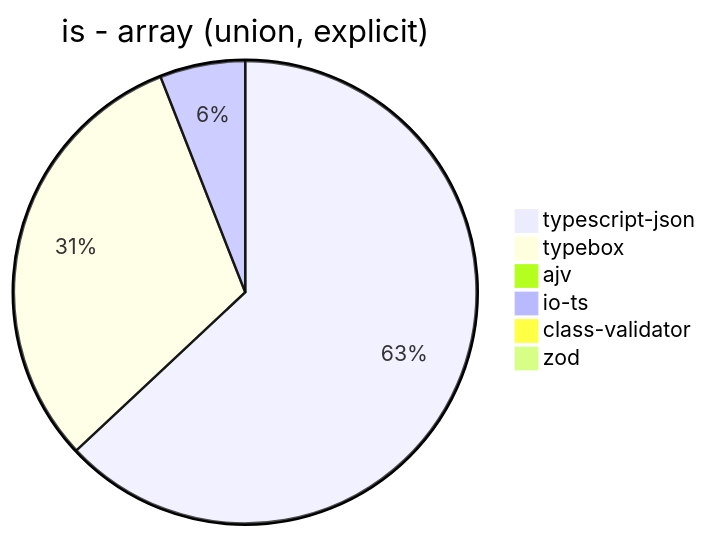
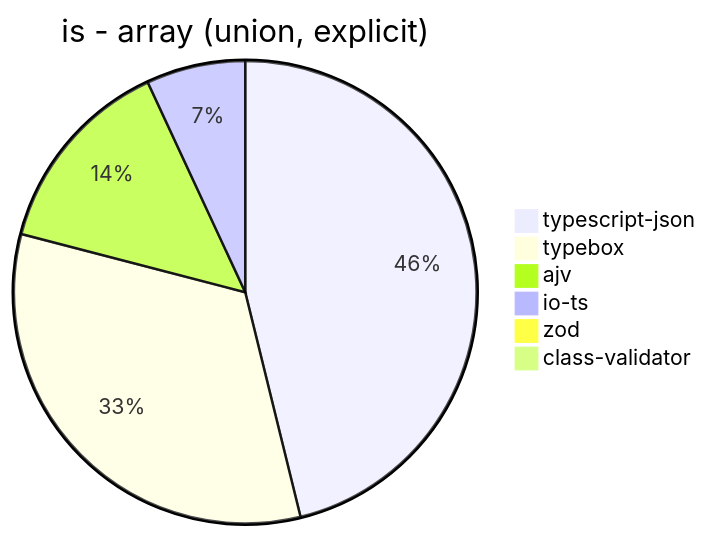
The sixth of 39 diagrams in benchmark/results/AMD Ryzen 9 5900HX with Radeon Graphics.md (samchon/typia), drawn with Mermaid before and after one commit. The commit also changed other lines of this file and 3 other files, not shown here.

````diff
--- a/benchmark/results/AMD Ryzen 9 5900HX with Radeon Graphics.md
+++ b/benchmark/results/AMD Ryzen 9 5900HX with Radeon Graphics.md
@@ -76,9 +76,9 @@
 ```mermaid
 pie title is - array (union, explicit)
-  "typescript-json": 3960.4499274310597
-  "typebox": 1948.9361702127658
-  "ajv": 0
-  "io-ts": 374.68030690537086
-  "class-validator": 7.5904677846425415
-  "zod": 3.022289384208538
+  "typescript-json": 2590.5251560778556
+  "typebox": 1846.1538461538462
+  "ajv": 787.1849485268015
+  "io-ts": 388.4063444108761
+  "zod": 3.0194376297414602
+  "class-validator": 8.65149520406244
 ```
````
